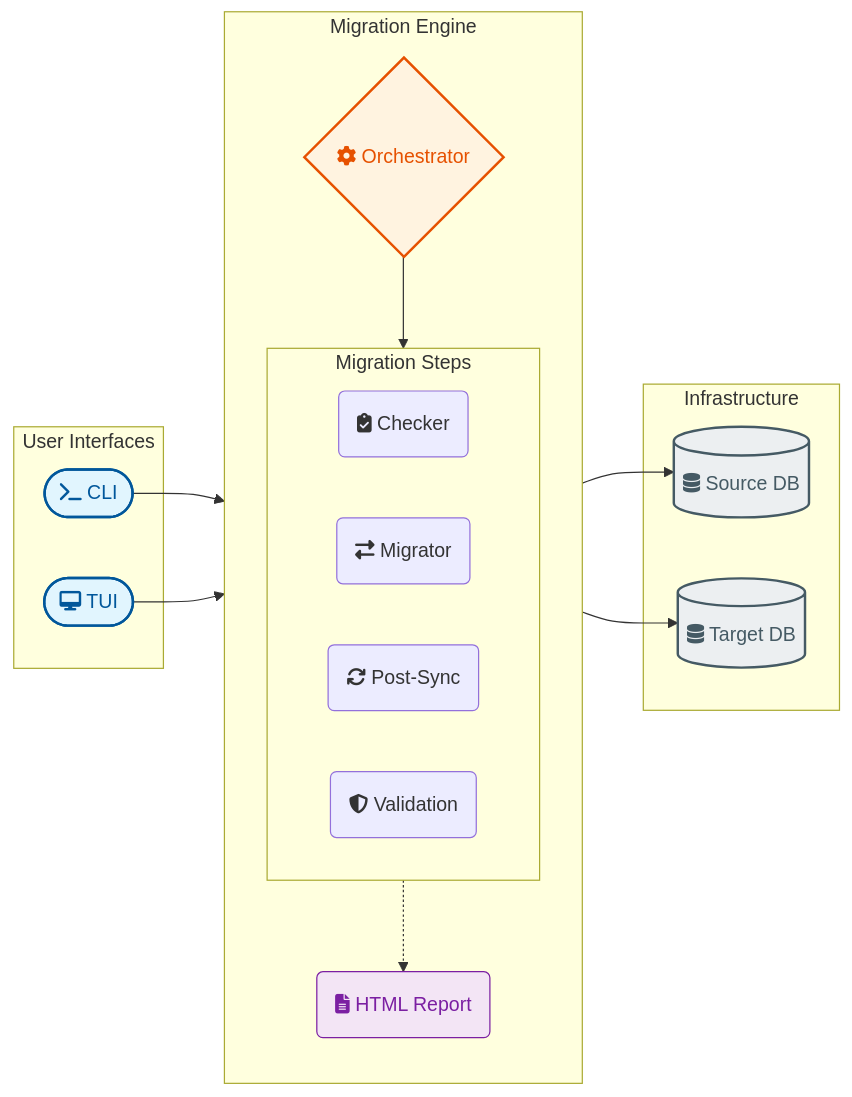
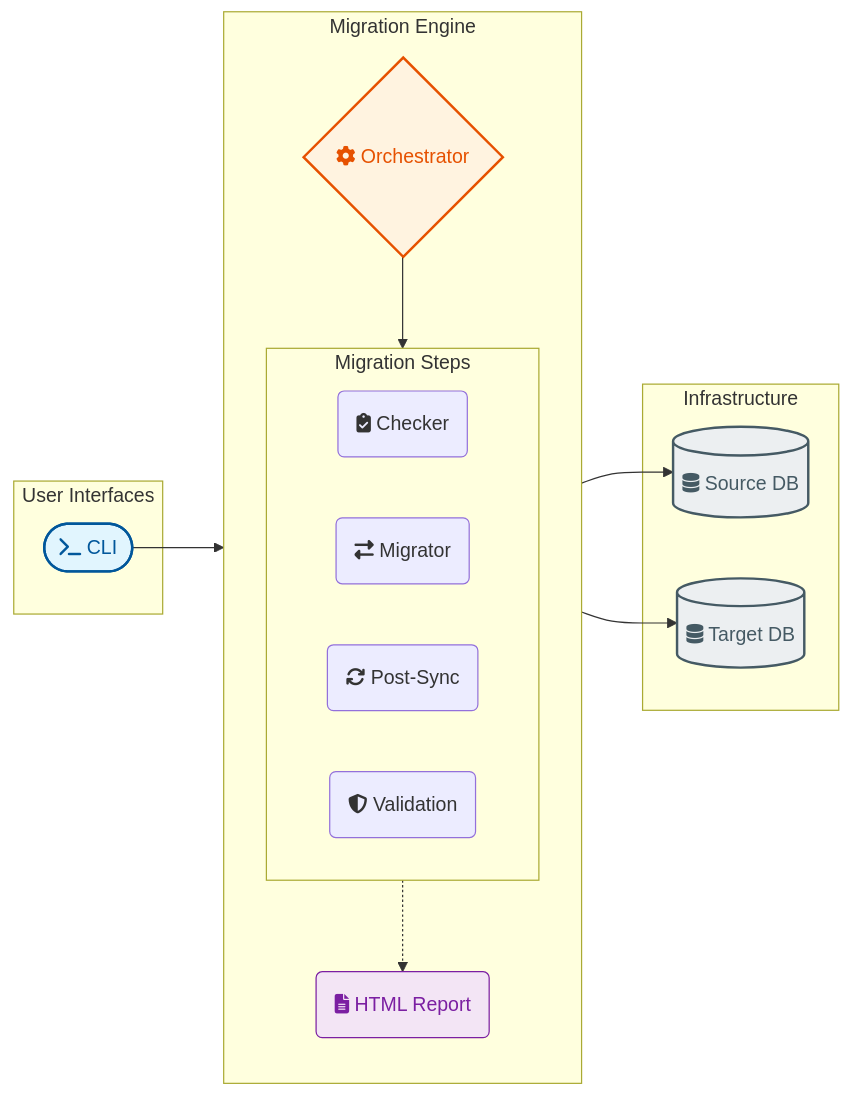
Before and after one commit to jmrenouard/pg_logical_migrator: the diagram in README.md, drawn with Mermaid. The commit also changed other lines of this file and 53 other files, not shown here.

````diff
--- a/README.md
+++ b/README.md
@@ -38,41 +37,40 @@
 ```mermaid
 graph LR
     subgraph UI [User Interfaces]
         CLI([fa:fa-terminal CLI]):::ui
-        TUI([fa:fa-desktop TUI]):::ui
     end
 
     subgraph Engine [Migration Engine]
         direction TB
         CMD{fa:fa-cog Orchestrator}:::core
         
         subgraph Logic [Migration Steps]
             direction LR
             CHK(fa:fa-clipboard-check Checker)
             MIG(fa:fa-exchange-alt Migrator)
             PSY(fa:fa-sync Post-Sync)
             VAL(fa:fa-shield-alt Validation)
         end
         
         RPT(fa:fa-file-alt HTML Report):::util
     end
 
     subgraph Data [Infrastructure]
         SRC[(fa:fa-database Source DB)]:::db
         DST[(fa:fa-database Target DB)]:::db
     end
 
     %% Flow
-    CLI & TUI --> CMD
+    CLI --> CMD
     CMD --> Logic
     Logic --> SRC
     Logic --> DST
     Logic -.-> RPT
 
     %% Styling
     classDef ui fill:#e1f5fe,stroke:#01579b,stroke-width:2px,color:#01579b
     classDef core fill:#fff3e0,stroke:#e65100,stroke-width:2px,color:#e65100
     classDef logic fill:#f1f8e9,stroke:#33691e,stroke-width:1px,color:#33691e
     classDef db fill:#eceff1,stroke:#455a64,stroke-width:2px,color:#455a64
     classDef util fill:#f3e5f5,stroke:#7b1fa2,stroke-width:1px,color:#7b1fa2
 ```
````
